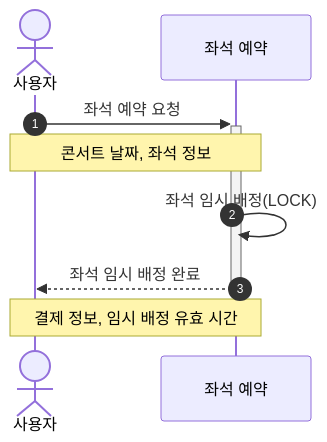
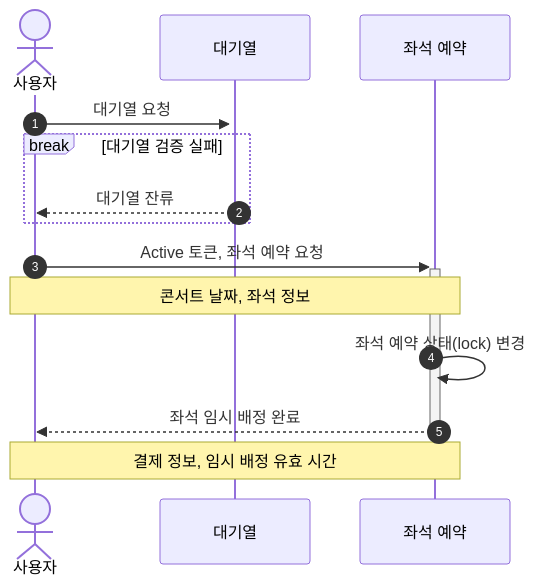
One commit to kdelay/Concert-Booking changed the fourth of 7 diagrams in README.md. Above: the diagram before and after it, drawn with Mermaid. The commit also changed other lines of this file, not shown here.

Commit message:
docs: [#1] 대기열 검증 Active 토큰 요청 데이터 추가, 좌석 예약에 대한 상태 lock 걸기

````diff
--- a/README.md
+++ b/README.md
@@ -120,10 +116,16 @@
 ```mermaid
 sequenceDiagram
     autonumber
     actor 사용자
-    사용자 ->>+ 좌석 예약: 좌석 예약 요청
+
+    사용자 ->>+ 대기열: 대기열 요청
+    break 대기열 검증 실패
+      대기열 -->> 사용자: 대기열 잔류
+    end
+  
+    사용자 ->>+ 좌석 예약: Active 토큰, 좌석 예약 요청
     Note over 사용자, 좌석 예약: 콘서트 날짜, 좌석 정보
-    좌석 예약 ->> 좌석 예약: 좌석 임시 배정(LOCK)
+    좌석 예약 ->> 좌석 예약: 좌석 예약 상태(lock) 변경
     좌석 예약 -->>- 사용자: 좌석 임시 배정 완료
     Note over 사용자, 좌석 예약: 결제 정보, 임시 배정 유효 시간
 ```
````
